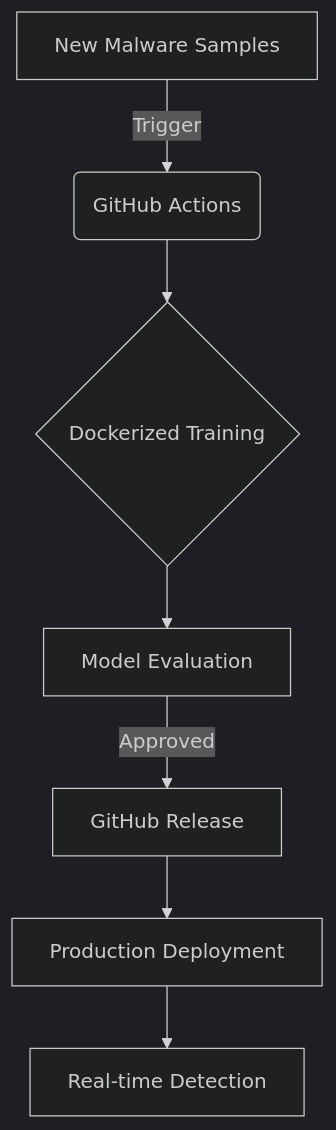
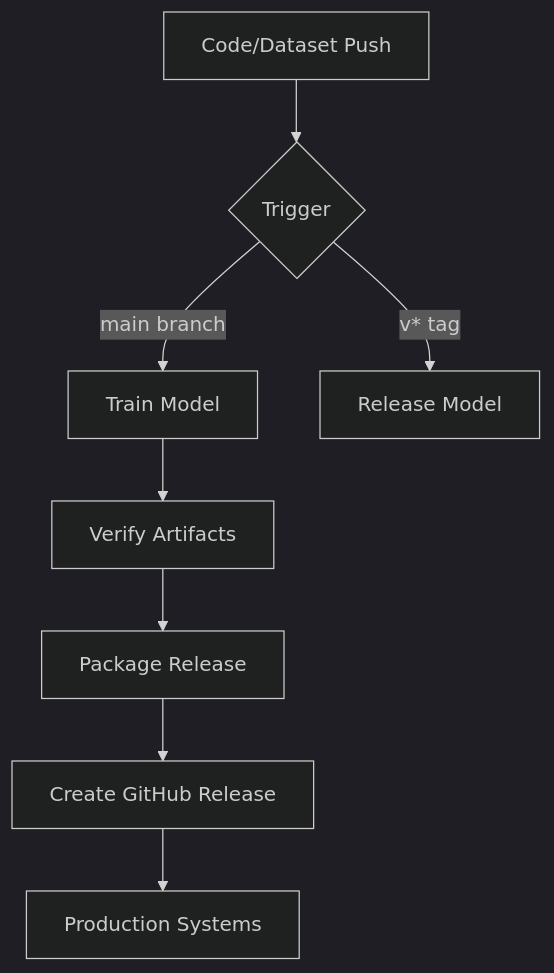
The diagram in _posts/2025-03-25-Building-an-Auto-Updating-Spyware-Detection-System-with-MLOps.md (ahmed-n-abdeltwab/blog), drawn with Mermaid (dark theme) before and after one commit. The commit also changed other lines of this file, not shown here.

Commit message:
chore: add blog about Building an Auto-Updating Spyware Detection System with MLOps

````diff
--- a/_posts/2025-03-25-Building-an-Auto-Updating-Spyware-Detection-System-with-MLOps.md
+++ b/_posts/2025-03-25-Building-an-Auto-Updating-Spyware-Detection-System-with-MLOps.md
@@ -23,9 +27,10 @@
 ```mermaid
 graph TD
-    A[New Malware Samples] -->|Trigger| B(GitHub Actions)
-    B --> C{Dockerized Training}
-    C --> D[Model Evaluation]
-    D -->|Approved| E[GitHub Release]
-    E --> F[Production Deployment]
-    F --> G[Real-time Detection]
+    A[Code/Dataset Push] --> B{Trigger}
+    B -->|main branch| C[Train Model]
+    B -->|v* tag| D[Release Model]
+    C --> E[Verify Artifacts]
+    E --> F[Package Release]
+    F --> G[Create GitHub Release]
+    G --> H[Production Systems]
 ```
````
